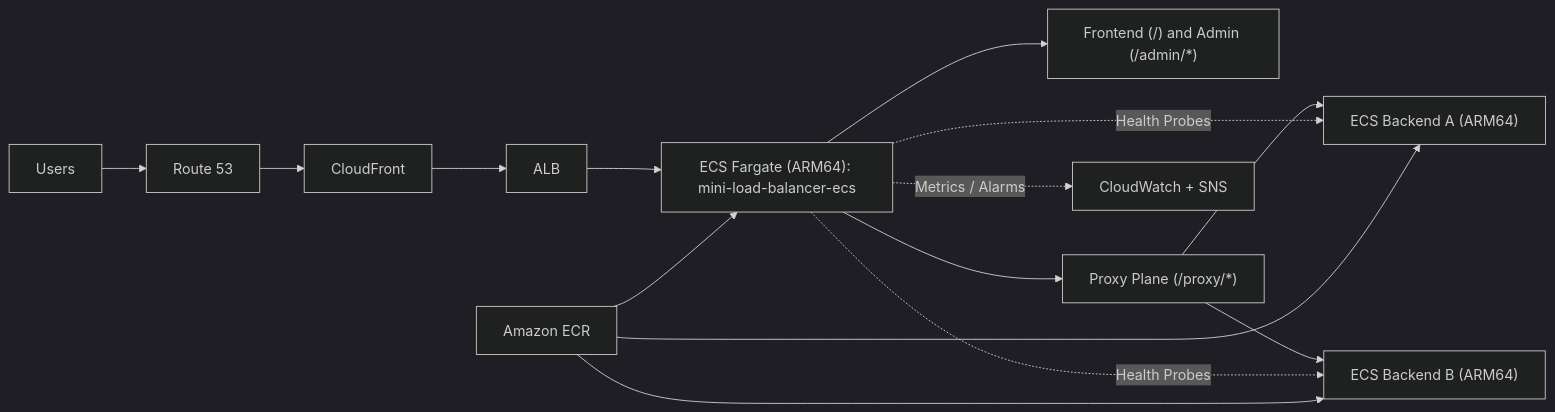
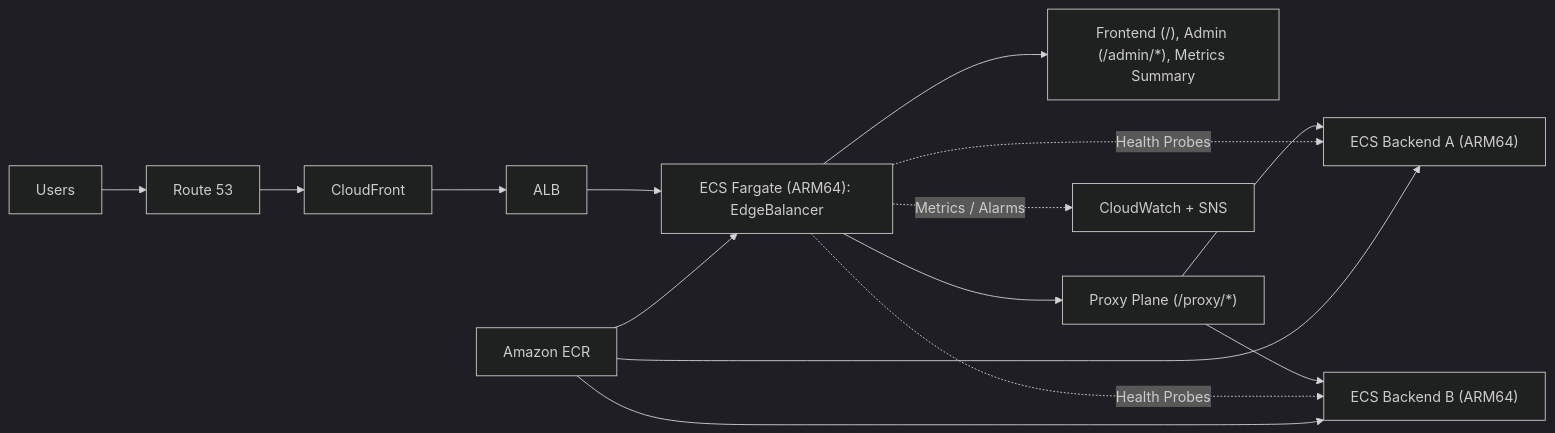
Before and after one commit to MohammedVep/mini-load-balancer: the diagram in README.md, drawn with Mermaid (dark theme). The commit also changed other lines of this file and 7 other files, not shown here.

Commit message:
feat(frontend): expand app into EdgeBalancer dashboard

````diff
--- a/README.md
+++ b/README.md
@@ -170,17 +172,17 @@
 ```mermaid
 flowchart LR
     U["Users"] --> R53["Route 53"]
     R53 --> CF["CloudFront"]
     CF --> ALB["ALB"]
-    ALB --> LB["ECS Fargate (ARM64): mini-load-balancer-ecs"]
-    LB --> FE["Frontend (/) and Admin (/admin/*)"]
+    ALB --> LB["ECS Fargate (ARM64): EdgeBalancer"]
+    LB --> FE["Frontend (/), Admin (/admin/*), Metrics Summary"]
     LB --> PX["Proxy Plane (/proxy/*)"]
     PX --> B1["ECS Backend A (ARM64)"]
     PX --> B2["ECS Backend B (ARM64)"]
     LB -. "Health Probes" .-> B1
     LB -. "Health Probes" .-> B2
     LB -. "Metrics / Alarms" .-> CW["CloudWatch + SNS"]
     ECR["Amazon ECR"] --> LB
     ECR --> B1
     ECR --> B2
 ```
````
